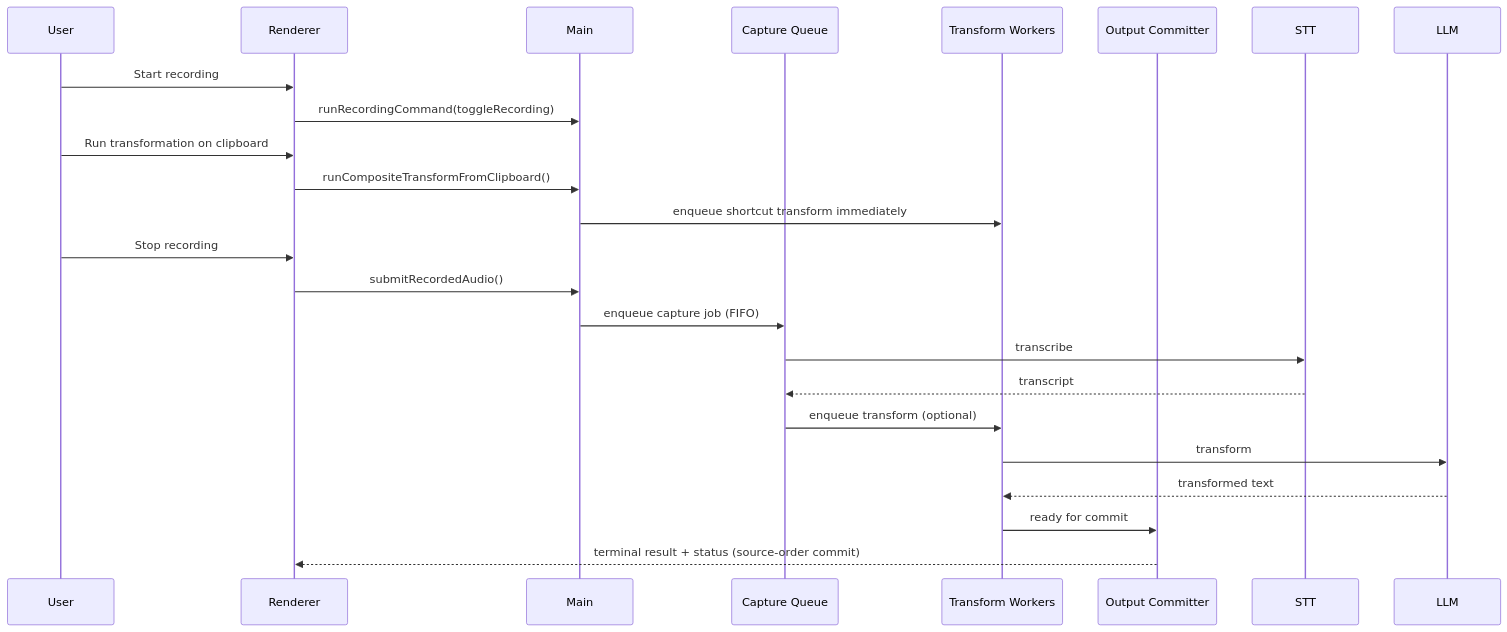
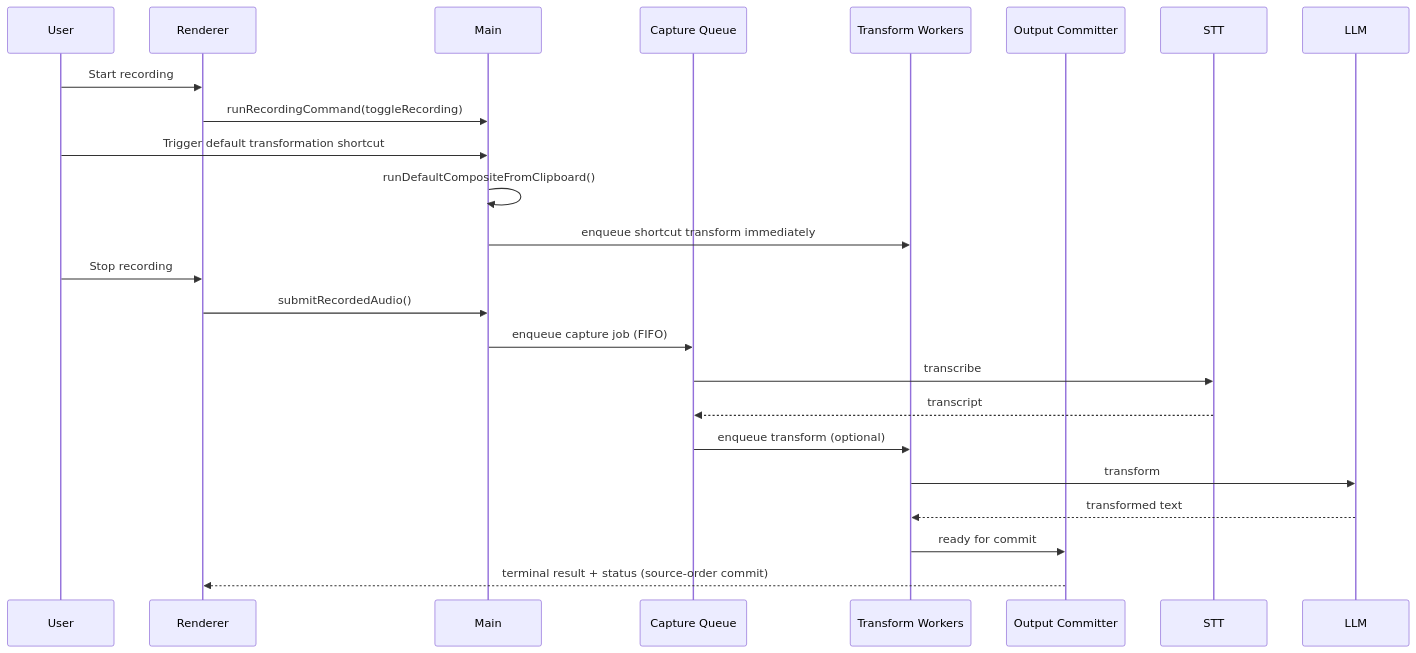
The fifth of 8 diagrams in specs/spec.md (massun-onibakuchi/speech-to-text-app), drawn with Mermaid before and after one commit. The commit also changed other lines of this file and 25 other files, not shown here.

Commit message:
refactor(#380): enforce strict schema contract and remove compat paths

````diff
--- a/specs/spec.md
+++ b/specs/spec.md
@@ -553,27 +544,27 @@
 ```mermaid
 sequenceDiagram
   participant U as User
   participant R as Renderer
   participant M as Main
   participant CQ as Capture Queue
   participant TW as Transform Workers
   participant OC as Output Committer
   participant S as STT
   participant L as LLM
 
   U->>R: Start recording
   R->>M: runRecordingCommand(toggleRecording)
-  U->>R: Run transformation on clipboard
-  R->>M: runCompositeTransformFromClipboard()
+  U->>M: Trigger default transformation shortcut
+  M->>M: runDefaultCompositeFromClipboard()
   M->>TW: enqueue shortcut transform immediately
   U->>R: Stop recording
   R->>M: submitRecordedAudio()
   M->>CQ: enqueue capture job (FIFO)
   CQ->>S: transcribe
   S-->>CQ: transcript
   CQ->>TW: enqueue transform (optional)
   TW->>L: transform
   L-->>TW: transformed text
   TW->>OC: ready for commit
   OC-->>R: terminal result + status (source-order commit)
 ```
````
